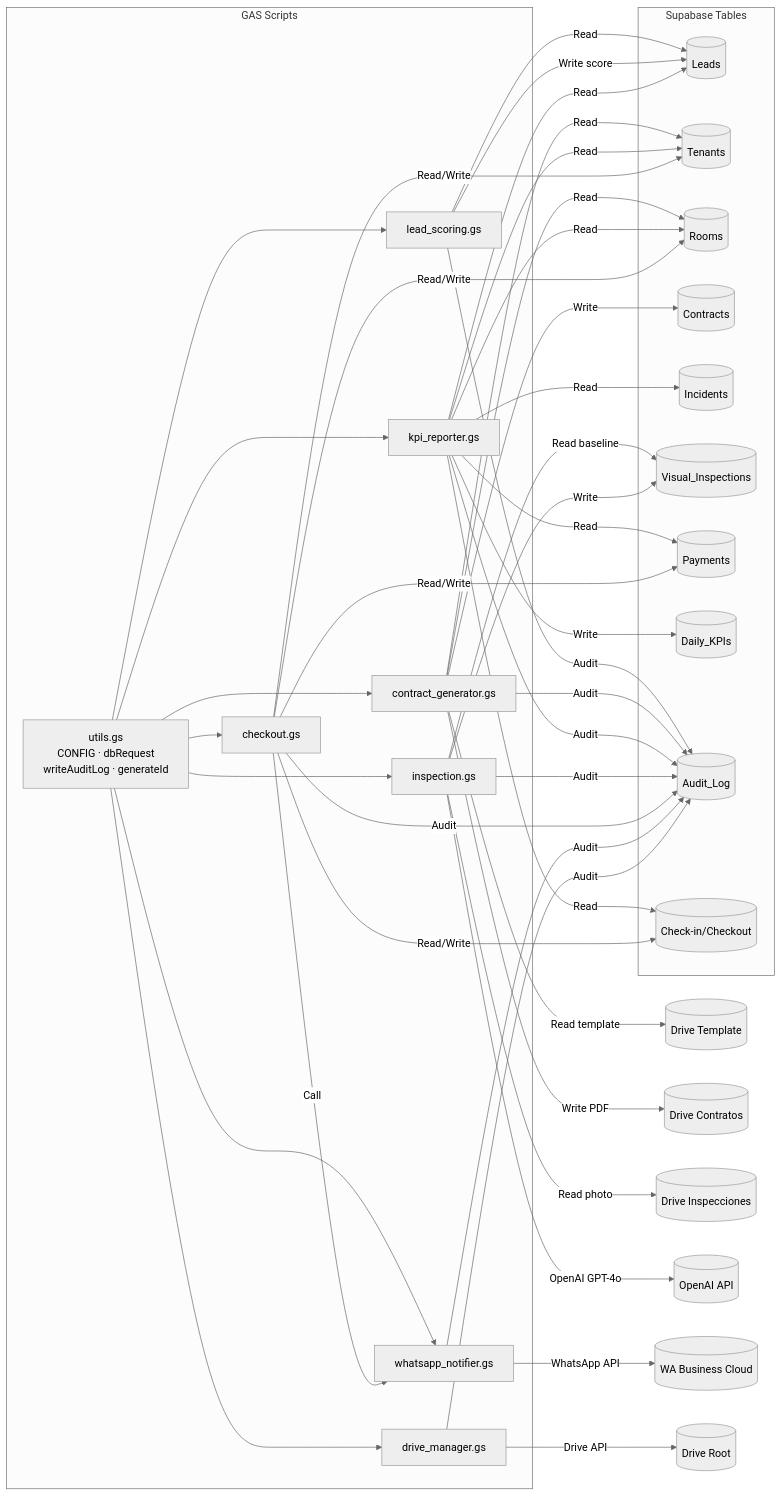
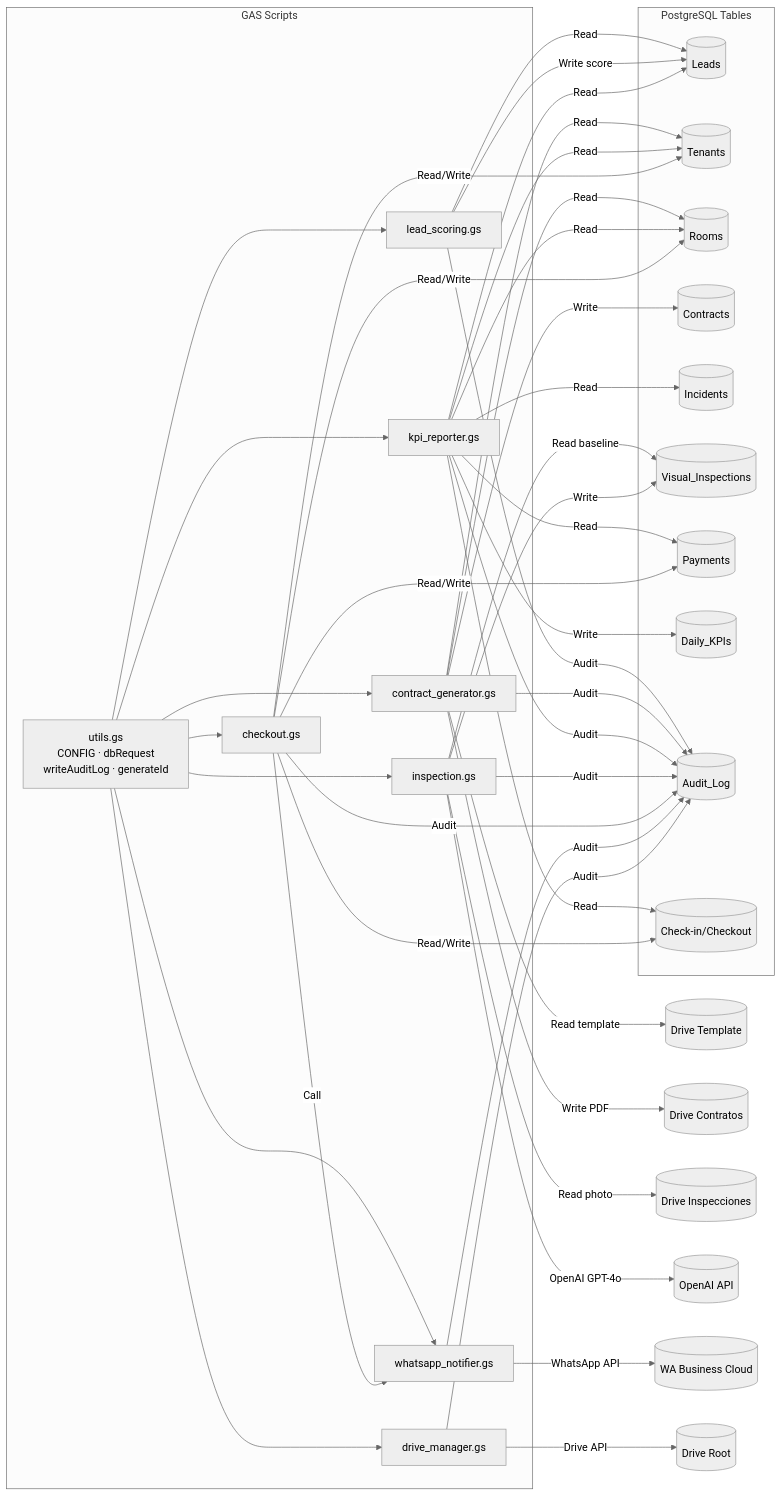
Before and after one commit to Articrafter93/propertyops-ai: the second of 2 diagrams in docs/ARCHITECTURE.md, drawn with Mermaid (neutral theme). The commit also changed other lines of this file and 101 other files, not shown here.

````diff
--- a/docs/ARCHITECTURE.md
+++ b/docs/ARCHITECTURE.md
@@ -79,58 +83,58 @@
 ```mermaid
 graph LR
     subgraph GAS Scripts
         U[utils.gs\nCONFIG · dbRequest\nwriteAuditLog · generateId]
         LS[lead_scoring.gs]
         CG[contract_generator.gs]
         KR[kpi_reporter.gs]
         IN[inspection.gs]
         CO[checkout.gs]
         WN[whatsapp_notifier.gs]
         DM[drive_manager.gs]
     end
 
-    subgraph Supabase Tables
+    subgraph PostgreSQL Tables
         TL[(Leads)]
         TT[(Tenants)]
         TR[(Rooms)]
         TC[(Contracts)]
         TI[(Incidents)]
         TVI[(Visual_Inspections)]
         TP[(Payments)]
         TK[(Daily_KPIs)]
         TAL[(Audit_Log)]
         TCO[(Check-in/Checkout)]
     end
 
     U --> LS & CG & KR & IN & CO & WN & DM
 
     LS -->|Read| TL
     LS -->|Write score| TL
     LS -->|Audit| TAL
 
     CG -->|Read template| DRIVE_T[(Drive Template)]
     CG -->|Write PDF| DRIVE_C[(Drive Contratos)]
     CG -->|Read| TT & TR
     CG -->|Write| TC
     CG -->|Audit| TAL
 
     KR -->|Read| TL & TT & TR & TI & TP & TCO
     KR -->|Write| TK
     KR -->|Audit| TAL
 
     IN -->|Read photo| DRIVE_P[(Drive Inspecciones)]
     IN -->|OpenAI GPT-4o| OAI[(OpenAI API)]
     IN -->|Read baseline| TVI
     IN -->|Write| TVI
     IN -->|Audit| TAL
 
     CO -->|Read/Write| TT & TR & TCO & TP
     CO -->|Call| WN
     CO -->|Audit| TAL
 
     WN -->|WhatsApp API| WA_API[(WA Business Cloud)]
     WN -->|Audit| TAL
 
     DM -->|Drive API| DRIVE_ROOT[(Drive Root)]
     DM -->|Audit| TAL
 ```
````
